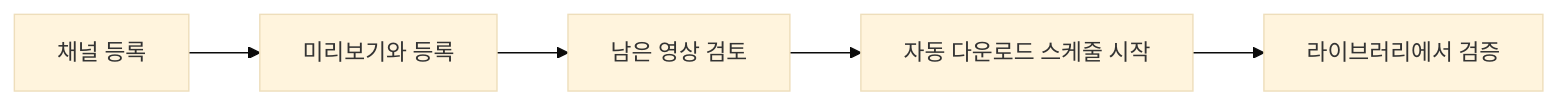
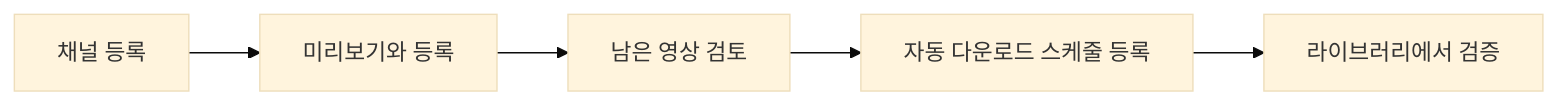
One commit to hyeonsangjeon/channel-vault-nas changed the diagram in docs/usage/index.ko.md. Above: the diagram before and after it, drawn with Mermaid (base theme). The commit also changed other lines of this file and 42 other files, not shown here.

````diff
--- a/docs/usage/index.ko.md
+++ b/docs/usage/index.ko.md
@@ -6,7 +6,7 @@
 ```mermaid
 flowchart LR
   A[채널 등록] --> B[미리보기와 등록]
   B --> C[남은 영상 검토]
-  C --> D[자동 다운로드 스케줄 시작]
+  C --> D[자동 다운로드 스케줄 등록]
   D --> E[라이브러리에서 검증]
 ```
````
